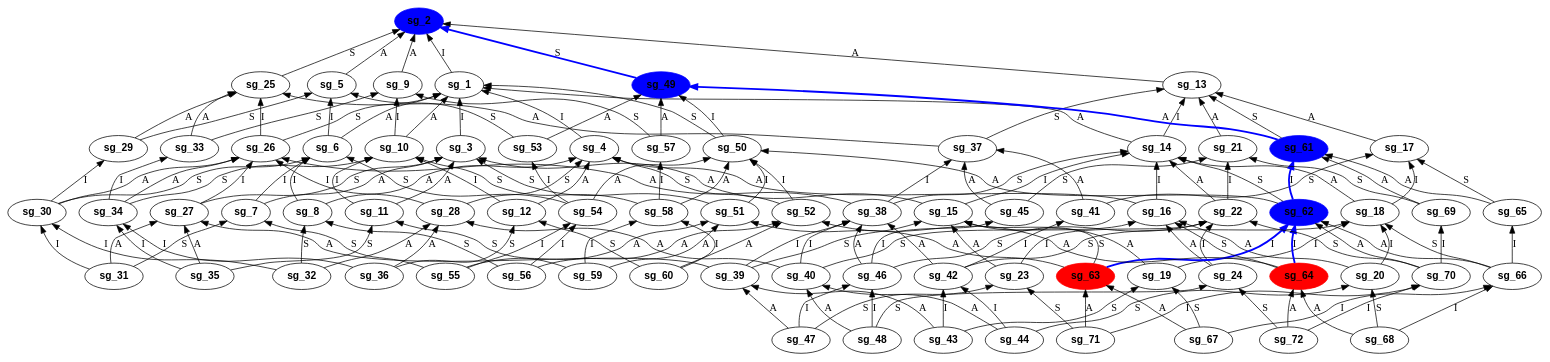
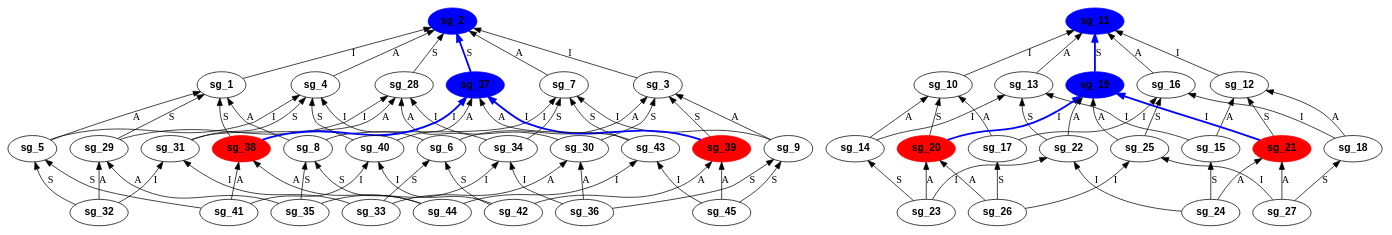
The diagram in TLSAF/graphviz/sec_goal_1.gv (ltpangmao/Tool), drawn with Graphviz before and after one commit. The commit also changed 48 other files, not shown here.

```diff
--- a/TLSAF/graphviz/sec_goal_1.gv
+++ b/TLSAF/graphviz/sec_goal_1.gv
@@ -10,7 +10,7 @@
 sg_8[shape=ellipse, fontname="Helvetica-Bold"];
 sg_9[shape=ellipse, fontname="Helvetica-Bold"];
 sg_10[shape=ellipse, fontname="Helvetica-Bold"];
-sg_11[shape=ellipse, fontname="Helvetica-Bold"];
+sg_11[shape=ellipse, fontname="Helvetica-Bold", style = filled, color=blue];
 sg_12[shape=ellipse, fontname="Helvetica-Bold"];
 sg_13[shape=ellipse, fontname="Helvetica-Bold"];
 sg_14[shape=ellipse, fontname="Helvetica-Bold"];
@@ -18,9 +18,9 @@
 sg_16[shape=ellipse, fontname="Helvetica-Bold"];
 sg_17[shape=ellipse, fontname="Helvetica-Bold"];
 sg_18[shape=ellipse, fontname="Helvetica-Bold"];
-sg_19[shape=ellipse, fontname="Helvetica-Bold"];
-sg_20[shape=ellipse, fontname="Helvetica-Bold"];
-sg_21[shape=ellipse, fontname="Helvetica-Bold"];
+sg_19[shape=ellipse, fontname="Helvetica-Bold", style = filled, color=blue];
+sg_20[shape=ellipse, fontname="Helvetica-Bold", style = filled, color = red];
+sg_21[shape=ellipse, fontname="Helvetica-Bold", style = filled, color = red];
 sg_22[shape=ellipse, fontname="Helvetica-Bold"];
 sg_23[shape=ellipse, fontname="Helvetica-Bold"];
 sg_24[shape=ellipse, fontname="Helvetica-Bold"];
@@ -36,202 +36,100 @@
 sg_34[shape=ellipse, fontname="Helvetica-Bold"];
 sg_35[shape=ellipse, fontname="Helvetica-Bold"];
 sg_36[shape=ellipse, fontname="Helvetica-Bold"];
-sg_37[shape=ellipse, fontname="Helvetica-Bold"];
-sg_38[shape=ellipse, fontname="Helvetica-Bold"];
-sg_39[shape=ellipse, fontname="Helvetica-Bold"];
+sg_37[shape=ellipse, fontname="Helvetica-Bold", style = filled, color=blue];
+sg_38[shape=ellipse, fontname="Helvetica-Bold", style = filled, color = red];
+sg_39[shape=ellipse, fontname="Helvetica-Bold", style = filled, color = red];
 sg_40[shape=ellipse, fontname="Helvetica-Bold"];
 sg_41[shape=ellipse, fontname="Helvetica-Bold"];
 sg_42[shape=ellipse, fontname="Helvetica-Bold"];
 sg_43[shape=ellipse, fontname="Helvetica-Bold"];
 sg_44[shape=ellipse, fontname="Helvetica-Bold"];
 sg_45[shape=ellipse, fontname="Helvetica-Bold"];
-sg_46[shape=ellipse, fontname="Helvetica-Bold"];
-sg_47[shape=ellipse, fontname="Helvetica-Bold"];
-sg_48[shape=ellipse, fontname="Helvetica-Bold"];
-sg_49[shape=ellipse, fontname="Helvetica-Bold", style = filled, color=blue];
-sg_50[shape=ellipse, fontname="Helvetica-Bold"];
-sg_51[shape=ellipse, fontname="Helvetica-Bold"];
-sg_52[shape=ellipse, fontname="Helvetica-Bold"];
-sg_53[shape=ellipse, fontname="Helvetica-Bold"];
-sg_54[shape=ellipse, fontname="Helvetica-Bold"];
-sg_55[shape=ellipse, fontname="Helvetica-Bold"];
-sg_56[shape=ellipse, fontname="Helvetica-Bold"];
-sg_57[shape=ellipse, fontname="Helvetica-Bold"];
-sg_58[shape=ellipse, fontname="Helvetica-Bold"];
-sg_59[shape=ellipse, fontname="Helvetica-Bold"];
-sg_60[shape=ellipse, fontname="Helvetica-Bold"];
-sg_61[shape=ellipse, fontname="Helvetica-Bold", style = filled, color=blue];
-sg_62[shape=ellipse, fontname="Helvetica-Bold", style = filled, color=blue];
-sg_63[shape=ellipse, fontname="Helvetica-Bold", style = filled, color = red];
-sg_64[shape=ellipse, fontname="Helvetica-Bold", style = filled, color = red];
-sg_65[shape=ellipse, fontname="Helvetica-Bold"];
-sg_66[shape=ellipse, fontname="Helvetica-Bold"];
-sg_67[shape=ellipse, fontname="Helvetica-Bold"];
-sg_68[shape=ellipse, fontname="Helvetica-Bold"];
-sg_69[shape=ellipse, fontname="Helvetica-Bold"];
-sg_70[shape=ellipse, fontname="Helvetica-Bold"];
-sg_71[shape=ellipse, fontname="Helvetica-Bold"];
-sg_72[shape=ellipse, fontname="Helvetica-Bold"];
 sg_1 -> sg_2[label="I"];
-sg_3 -> sg_1[label="I"];
-sg_4 -> sg_1[label="I"];
-sg_5 -> sg_2[label="A"];
-sg_6 -> sg_1[label="A"];
-sg_6 -> sg_5[label="I"];
-sg_7 -> sg_3[label="A"];
-sg_7 -> sg_6[label="I"];
-sg_8 -> sg_4[label="A"];
-sg_8 -> sg_6[label="I"];
-sg_9 -> sg_2[label="A"];
-sg_10 -> sg_1[label="A"];
-sg_10 -> sg_9[label="I"];
-sg_11 -> sg_3[label="A"];
-sg_11 -> sg_10[label="I"];
-sg_12 -> sg_4[label="A"];
-sg_12 -> sg_10[label="I"];
-sg_13 -> sg_2[label="A"];
-sg_14 -> sg_1[label="A"];
+sg_3 -> sg_2[label="I"];
+sg_4 -> sg_2[label="A"];
+sg_5 -> sg_1[label="A"];
+sg_5 -> sg_4[label="I"];
+sg_6 -> sg_3[label="A"];
+sg_6 -> sg_4[label="I"];
+sg_7 -> sg_2[label="A"];
+sg_8 -> sg_1[label="A"];
+sg_8 -> sg_7[label="I"];
+sg_9 -> sg_3[label="A"];
+sg_9 -> sg_7[label="I"];
+sg_10 -> sg_11[label="I"];
+sg_12 -> sg_11[label="I"];
+sg_13 -> sg_11[label="A"];
+sg_14 -> sg_10[label="A"];
 sg_14 -> sg_13[label="I"];
-sg_15 -> sg_3[label="A"];
-sg_15 -> sg_14[label="I"];
-sg_16 -> sg_4[label="A"];
-sg_16 -> sg_14[label="I"];
-sg_17 -> sg_13[label="A"];
-sg_18 -> sg_14[label="A"];
-sg_18 -> sg_17[label="I"];
-sg_19 -> sg_15[label="A"];
-sg_19 -> sg_18[label="I"];
-sg_20 -> sg_16[label="A"];
-sg_20 -> sg_18[label="I"];
-sg_21 -> sg_13[label="A"];
-sg_22 -> sg_14[label="A"];
-sg_22 -> sg_21[label="I"];
-sg_23 -> sg_15[label="A"];
+sg_15 -> sg_12[label="A"];
+sg_15 -> sg_13[label="I"];
+sg_16 -> sg_11[label="A"];
+sg_17 -> sg_10[label="A"];
+sg_17 -> sg_16[label="I"];
+sg_18 -> sg_12[label="A"];
+sg_18 -> sg_16[label="I"];
+sg_19 -> sg_11[label="S", penwidth = 2.5, color=blue];
+sg_20 -> sg_10[label="S"];
+sg_20 -> sg_19[label="I", penwidth = 2.5, color=blue];
+sg_21 -> sg_12[label="S"];
+sg_21 -> sg_19[label="I", penwidth = 2.5, color=blue];
+sg_22 -> sg_13[label="S"];
+sg_22 -> sg_19[label="A"];
+sg_23 -> sg_14[label="S"];
+sg_23 -> sg_20[label="A"];
 sg_23 -> sg_22[label="I"];
-sg_24 -> sg_16[label="A"];
+sg_24 -> sg_15[label="S"];
+sg_24 -> sg_21[label="A"];
 sg_24 -> sg_22[label="I"];
-sg_25 -> sg_2[label="S"];
-sg_26 -> sg_1[label="S"];
+sg_25 -> sg_16[label="S"];
+sg_25 -> sg_19[label="A"];
+sg_26 -> sg_17[label="S"];
+sg_26 -> sg_20[label="A"];
 sg_26 -> sg_25[label="I"];
-sg_27 -> sg_3[label="S"];
-sg_27 -> sg_26[label="I"];
-sg_28 -> sg_4[label="S"];
-sg_28 -> sg_26[label="I"];
-sg_29 -> sg_5[label="S"];
-sg_29 -> sg_25[label="A"];
-sg_30 -> sg_6[label="S"];
-sg_30 -> sg_26[label="A"];
-sg_30 -> sg_29[label="I"];
-sg_31 -> sg_7[label="S"];
-sg_31 -> sg_27[label="A"];
-sg_31 -> sg_30[label="I"];
-sg_32 -> sg_8[label="S"];
-sg_32 -> sg_28[label="A"];
-sg_32 -> sg_30[label="I"];
-sg_33 -> sg_9[label="S"];
-sg_33 -> sg_25[label="A"];
-sg_34 -> sg_10[label="S"];
-sg_34 -> sg_26[label="A"];
-sg_34 -> sg_33[label="I"];
-sg_35 -> sg_11[label="S"];
-sg_35 -> sg_27[label="A"];
+sg_27 -> sg_18[label="S"];
+sg_27 -> sg_21[label="A"];
+sg_27 -> sg_25[label="I"];
+sg_28 -> sg_2[label="S"];
+sg_29 -> sg_1[label="S"];
+sg_29 -> sg_28[label="I"];
+sg_30 -> sg_3[label="S"];
+sg_30 -> sg_28[label="I"];
+sg_31 -> sg_4[label="S"];
+sg_31 -> sg_28[label="A"];
+sg_32 -> sg_5[label="S"];
+sg_32 -> sg_29[label="A"];
+sg_32 -> sg_31[label="I"];
+sg_33 -> sg_6[label="S"];
+sg_33 -> sg_30[label="A"];
+sg_33 -> sg_31[label="I"];
+sg_34 -> sg_7[label="S"];
+sg_34 -> sg_28[label="A"];
+sg_35 -> sg_8[label="S"];
+sg_35 -> sg_29[label="A"];
 sg_35 -> sg_34[label="I"];
-sg_36 -> sg_12[label="S"];
-sg_36 -> sg_28[label="A"];
+sg_36 -> sg_9[label="S"];
+sg_36 -> sg_30[label="A"];
 sg_36 -> sg_34[label="I"];
-sg_37 -> sg_13[label="S"];
-sg_37 -> sg_25[label="A"];
-sg_38 -> sg_14[label="S"];
-sg_38 -> sg_26[label="A"];
-sg_38 -> sg_37[label="I"];
-sg_39 -> sg_15[label="S"];
-sg_39 -> sg_27[label="A"];
-sg_39 -> sg_38[label="I"];
-sg_40 -> sg_16[label="S"];
-sg_40 -> sg_28[label="A"];
-sg_40 -> sg_38[label="I"];
-sg_41 -> sg_17[label="S"];
-sg_41 -> sg_37[label="A"];
-sg_42 -> sg_18[label="S"];
-sg_42 -> sg_38[label="A"];
-sg_42 -> sg_41[label="I"];
-sg_43 -> sg_19[label="S"];
-sg_43 -> sg_39[label="A"];
-sg_43 -> sg_42[label="I"];
-sg_44 -> sg_20[label="S"];
-sg_44 -> sg_40[label="A"];
-sg_44 -> sg_42[label="I"];
-sg_45 -> sg_21[label="S"];
-sg_45 -> sg_37[label="A"];
-sg_46 -> sg_22[label="S"];
-sg_46 -> sg_38[label="A"];
-sg_46 -> sg_45[label="I"];
-sg_47 -> sg_23[label="S"];
-sg_47 -> sg_39[label="A"];
-sg_47 -> sg_46[label="I"];
-sg_48 -> sg_24[label="S"];
-sg_48 -> sg_40[label="A"];
-sg_48 -> sg_46[label="I"];
-sg_49 -> sg_2[label="S", penwidth = 2.5, color=blue];
-sg_50 -> sg_1[label="S"];
-sg_50 -> sg_49[label="I"];
-sg_51 -> sg_3[label="S"];
-sg_51 -> sg_50[label="I"];
-sg_52 -> sg_4[label="S"];
-sg_52 -> sg_50[label="I"];
-sg_53 -> sg_5[label="S"];
-sg_53 -> sg_49[label="A"];
-sg_54 -> sg_6[label="S"];
-sg_54 -> sg_50[label="A"];
-sg_54 -> sg_53[label="I"];
-sg_55 -> sg_7[label="S"];
-sg_55 -> sg_51[label="A"];
-sg_55 -> sg_54[label="I"];
-sg_56 -> sg_8[label="S"];
-sg_56 -> sg_52[label="A"];
-sg_56 -> sg_54[label="I"];
-sg_57 -> sg_9[label="S"];
-sg_57 -> sg_49[label="A"];
-sg_58 -> sg_10[label="S"];
-sg_58 -> sg_50[label="A"];
-sg_58 -> sg_57[label="I"];
-sg_59 -> sg_11[label="S"];
-sg_59 -> sg_51[label="A"];
-sg_59 -> sg_58[label="I"];
-sg_60 -> sg_12[label="S"];
-sg_60 -> sg_52[label="A"];
-sg_60 -> sg_58[label="I"];
-sg_61 -> sg_13[label="S"];
-sg_61 -> sg_49[label="A", penwidth = 2.5, color=blue];
-sg_62 -> sg_14[label="S"];
-sg_62 -> sg_50[label="A"];
-sg_62 -> sg_61[label="I", penwidth = 2.5, color=blue];
-sg_63 -> sg_15[label="S"];
-sg_63 -> sg_51[label="A"];
-sg_63 -> sg_62[label="I", penwidth = 2.5, color=blue];
-sg_64 -> sg_16[label="S"];
-sg_64 -> sg_52[label="A"];
-sg_64 -> sg_62[label="I", penwidth = 2.5, color=blue];
-sg_65 -> sg_17[label="S"];
-sg_65 -> sg_61[label="A"];
-sg_66 -> sg_18[label="S"];
-sg_66 -> sg_62[label="A"];
-sg_66 -> sg_65[label="I"];
-sg_67 -> sg_19[label="S"];
-sg_67 -> sg_63[label="A"];
-sg_67 -> sg_66[label="I"];
-sg_68 -> sg_20[label="S"];
-sg_68 -> sg_64[label="A"];
-sg_68 -> sg_66[label="I"];
-sg_69 -> sg_21[label="S"];
-sg_69 -> sg_61[label="A"];
-sg_70 -> sg_22[label="S"];
-sg_70 -> sg_62[label="A"];
-sg_70 -> sg_69[label="I"];
-sg_71 -> sg_23[label="S"];
-sg_71 -> sg_63[label="A"];
-sg_71 -> sg_70[label="I"];
-sg_72 -> sg_24[label="S"];
-sg_72 -> sg_64[label="A"];
-sg_72 -> sg_70[label="I"];
+sg_37 -> sg_2[label="S", penwidth = 2.5, color=blue];
+sg_38 -> sg_1[label="S"];
+sg_38 -> sg_37[label="I", penwidth = 2.5, color=blue];
+sg_39 -> sg_3[label="S"];
+sg_39 -> sg_37[label="I", penwidth = 2.5, color=blue];
+sg_40 -> sg_4[label="S"];
+sg_40 -> sg_37[label="A"];
+sg_41 -> sg_5[label="S"];
+sg_41 -> sg_38[label="A"];
+sg_41 -> sg_40[label="I"];
+sg_42 -> sg_6[label="S"];
+sg_42 -> sg_39[label="A"];
+sg_42 -> sg_40[label="I"];
+sg_43 -> sg_7[label="S"];
+sg_43 -> sg_37[label="A"];
+sg_44 -> sg_8[label="S"];
+sg_44 -> sg_38[label="A"];
+sg_44 -> sg_43[label="I"];
+sg_45 -> sg_9[label="S"];
+sg_45 -> sg_39[label="A"];
+sg_45 -> sg_43[label="I"];
 }
```
